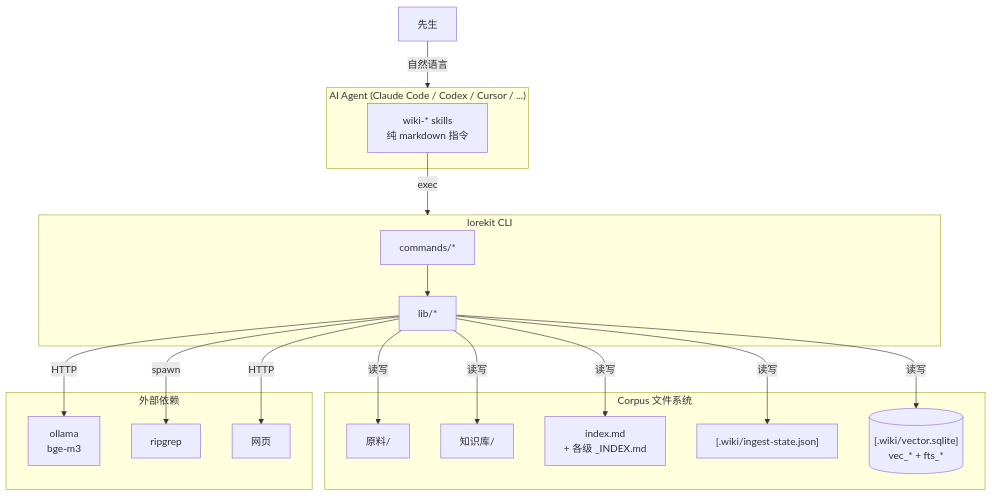
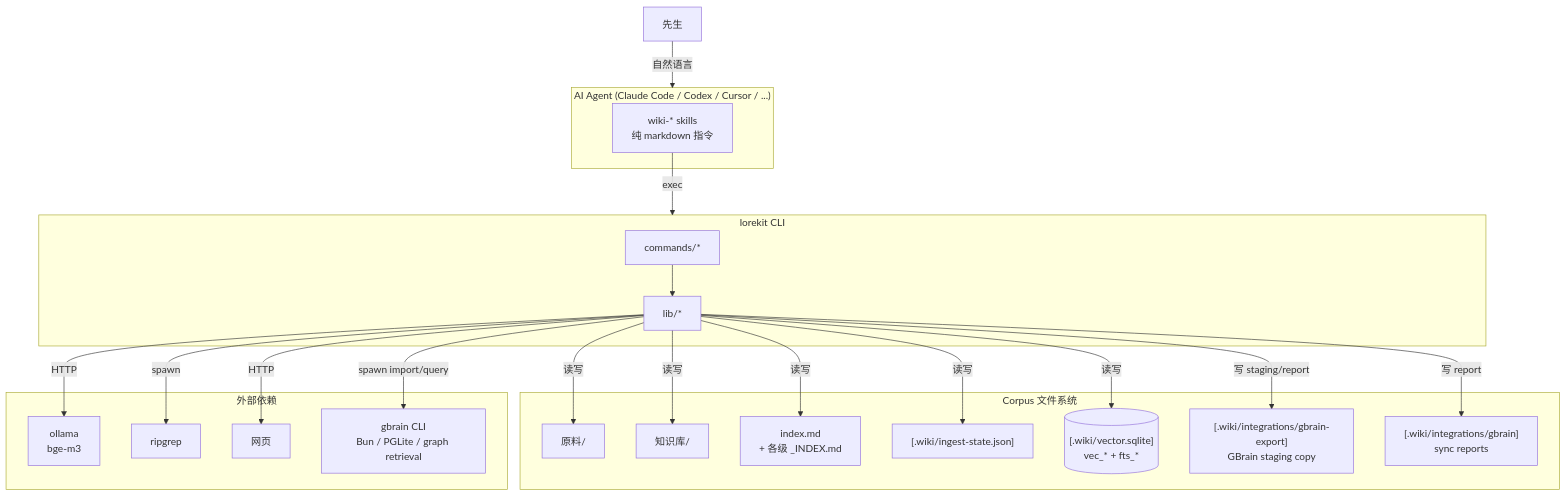
One commit to GYF0311/lorekit changed the first of 5 diagrams in docs/ARCHITECTURE.md. Above: the diagram before and after it, drawn with Mermaid. The commit also changed other lines of this file and 23 other files, not shown here.

````diff
--- a/docs/ARCHITECTURE.md
+++ b/docs/ARCHITECTURE.md
@@ -15,37 +15,43 @@
 ```mermaid
 flowchart TB
   subgraph Agent["AI Agent (Claude Code / Codex / Cursor / ...)"]
     Skills["wiki-* skills<br/>纯 markdown 指令"]
   end
 
   subgraph CLI["lorekit CLI"]
     Cmd["commands/*"]
     Lib["lib/*"]
     Cmd --> Lib
   end
 
   subgraph Corpus["Corpus 文件系统"]
     Raw["原料/"]
     Wiki["知识库/"]
     Index["index.md<br/>+ 各级 _INDEX.md"]
     State["[.wiki/ingest-state.json]"]
     Vec[("[.wiki/vector.sqlite]<br/>vec_* + fts_*")]
+    GBrainExport["[.wiki/integrations/gbrain-export]<br/>GBrain staging copy"]
+    GBrainReport["[.wiki/integrations/gbrain]<br/>sync reports"]
   end
 
   subgraph External["外部依赖"]
     Ollama["ollama<br/>bge-m3"]
     RG["ripgrep"]
     Web["网页"]
+    GBrain["gbrain CLI<br/>Bun / PGLite / graph retrieval"]
   end
 
   User["先生"] -->|自然语言| Agent
   Skills -->|exec| CLI
   Lib -->|读写| Raw
   Lib -->|读写| Wiki
   Lib -->|读写| Index
   Lib -->|读写| State
   Lib -->|读写| Vec
+  Lib -->|写 staging/report| GBrainExport
+  Lib -->|写 report| GBrainReport
   Lib -->|HTTP| Ollama
   Lib -->|HTTP| Web
   Lib -->|spawn| RG
+  Lib -->|spawn import/query| GBrain
 ```
````
